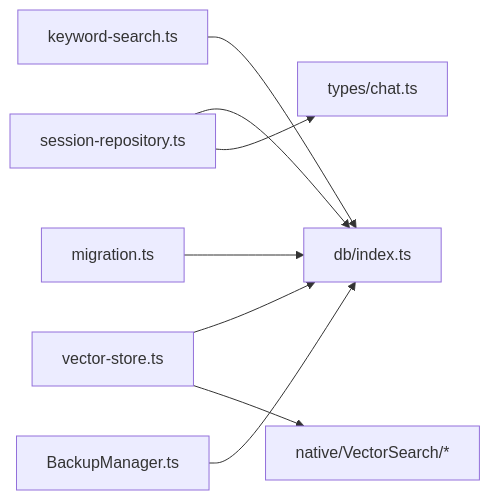
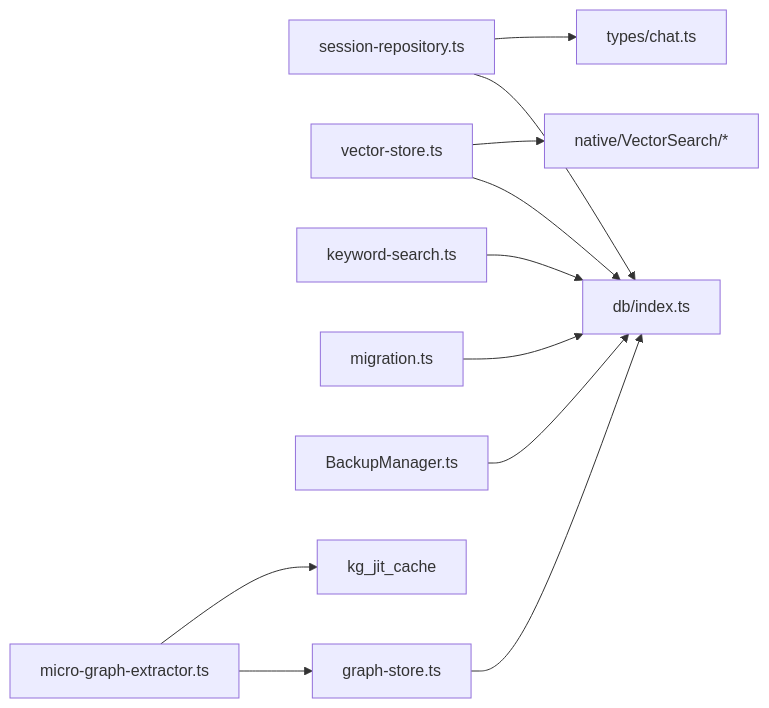
Before and after one commit to NarcisWL/Nexara: the sixth of 6 diagrams in .qoder/repowiki/zh/content/数据库设计/数据库设计.md, drawn with Mermaid. The commit also changed other lines of this file and 6 other files, not shown here.

````diff
--- a/.qoder/repowiki/zh/content/数据库设计/数据库设计.md
+++ b/.qoder/repowiki/zh/content/数据库设计/数据库设计.md
@@ -466,10 +560,13 @@
 ```mermaid
 graph LR
 Repo["session-repository.ts"] --> DB["db/index.ts"]
 Repo --> Types["types/chat.ts"]
 VS["vector-store.ts"] --> DB
 VS --> NV["native/VectorSearch/*"]
 KS["keyword-search.ts"] --> DB
 Migr["migration.ts"] --> DB
 Backup["BackupManager.ts"] --> DB
+GS["graph-store.ts"] --> DB
+MG["micro-graph-extractor.ts"] --> GS
+MG --> JC["kg_jit_cache"]
 ```
````
